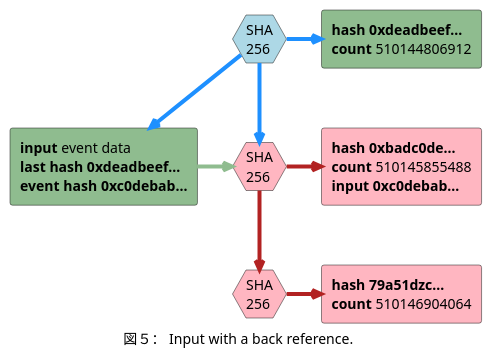
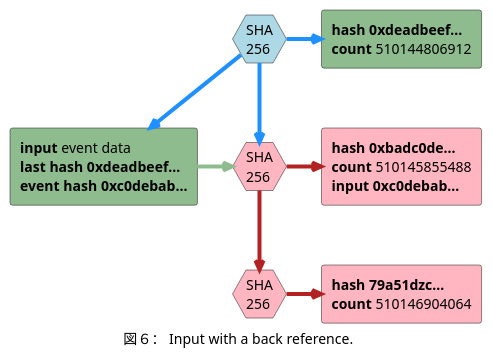
Diagram 16 of 21 in solana_whitepaper_jp.md (natosepia/solana_book), drawn with PlantUML before and after one commit. The commit also changed other lines of this file and 1 other file, not shown here.

````diff
--- a/solana_whitepaper_jp.md
+++ b/solana_whitepaper_jp.md
@@ -627,42 +644,42 @@
 ```plantuml
 @startuml
-caption "図５： Input with a back reference."
+caption "図６： Input with a back reference."
 'Node
 
 hexagon "SHA\n256" as H1 #LightBlue
 hexagon "SHA\n256" as H2 #LightPink
 hexagon "SHA\n256" as H3 #LightPink
 
 rectangle "\
 <b>input</b> event data\n\
 <b>last hash</b> <b>0xdeadbeef...</b>\n\
 <b>event hash</b> <b>0xc0debab...</b>" as Tx1 #DarkSeaGreen
 
 rectangle "\
 <b>hash 0xdeadbeef...</b>\n\
 <b>count</b> 510144806912" as Tx2 #DarkSeaGreen
 
 rectangle "\
 <b>hash</b> <b>0xbadc0de...</b>\n\
 <b>count</b> 510145855488\n\
 <b>input 0xc0debab...</b>" as Tx3 #LightPink
 
 rectangle "\
 <b>hash 79a51dzc...</b>\n\
 <b>count</b> 510146904064" as Tx4 #LightPink
 
 H1 -down[thickness=4]-> H2 #DodgerBlue
 H2 -down[thickness=4]-> H3 #FireBrick
 
 H1 -[thickness=4]-> Tx1 #DodgerBlue
 Tx1 -right[thickness=4]-> H2 #DarkSeaGreen
 
 H1 -right[thickness=4]-> Tx2 #DodgerBlue
 H2 -right[thickness=4]-> Tx3 #FireBrick
 H3 -right[thickness=4]-> Tx4 #FireBrick
 
 Tx2 -down[hidden]-> Tx3
 Tx3 -down[hidden]-> Tx4
 
 @enduml
 ```
````
